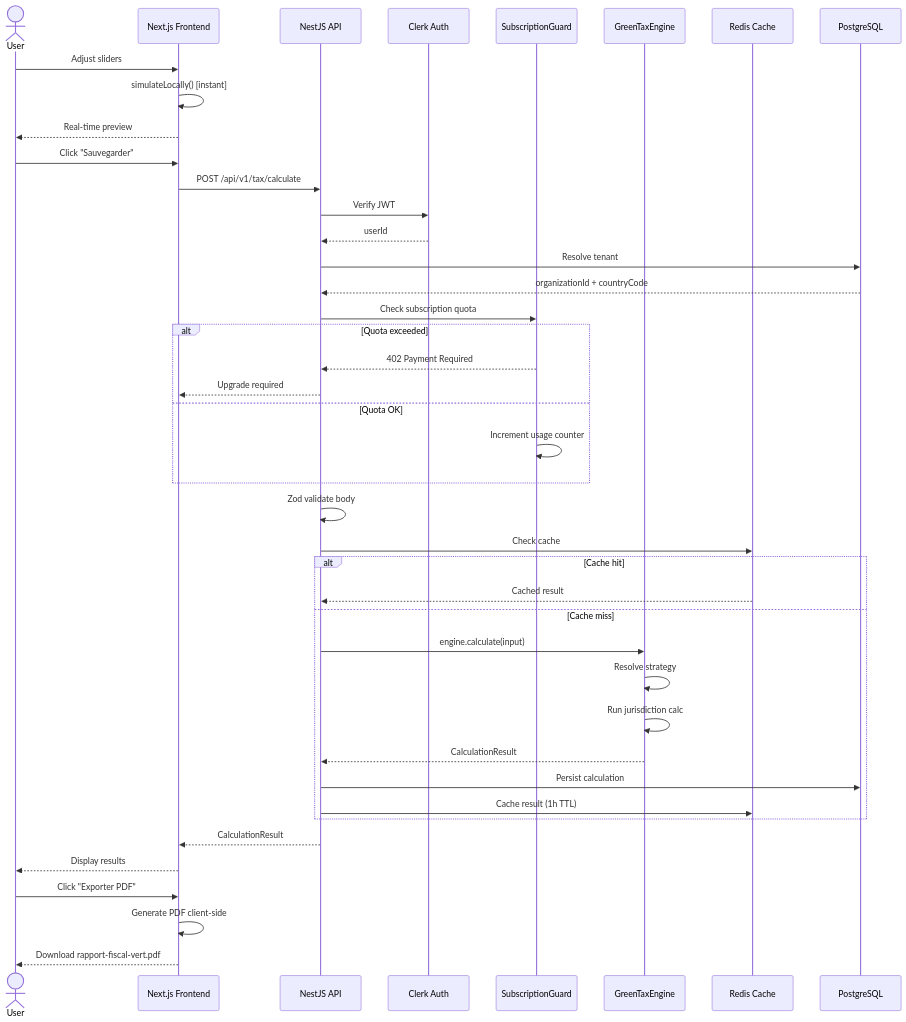
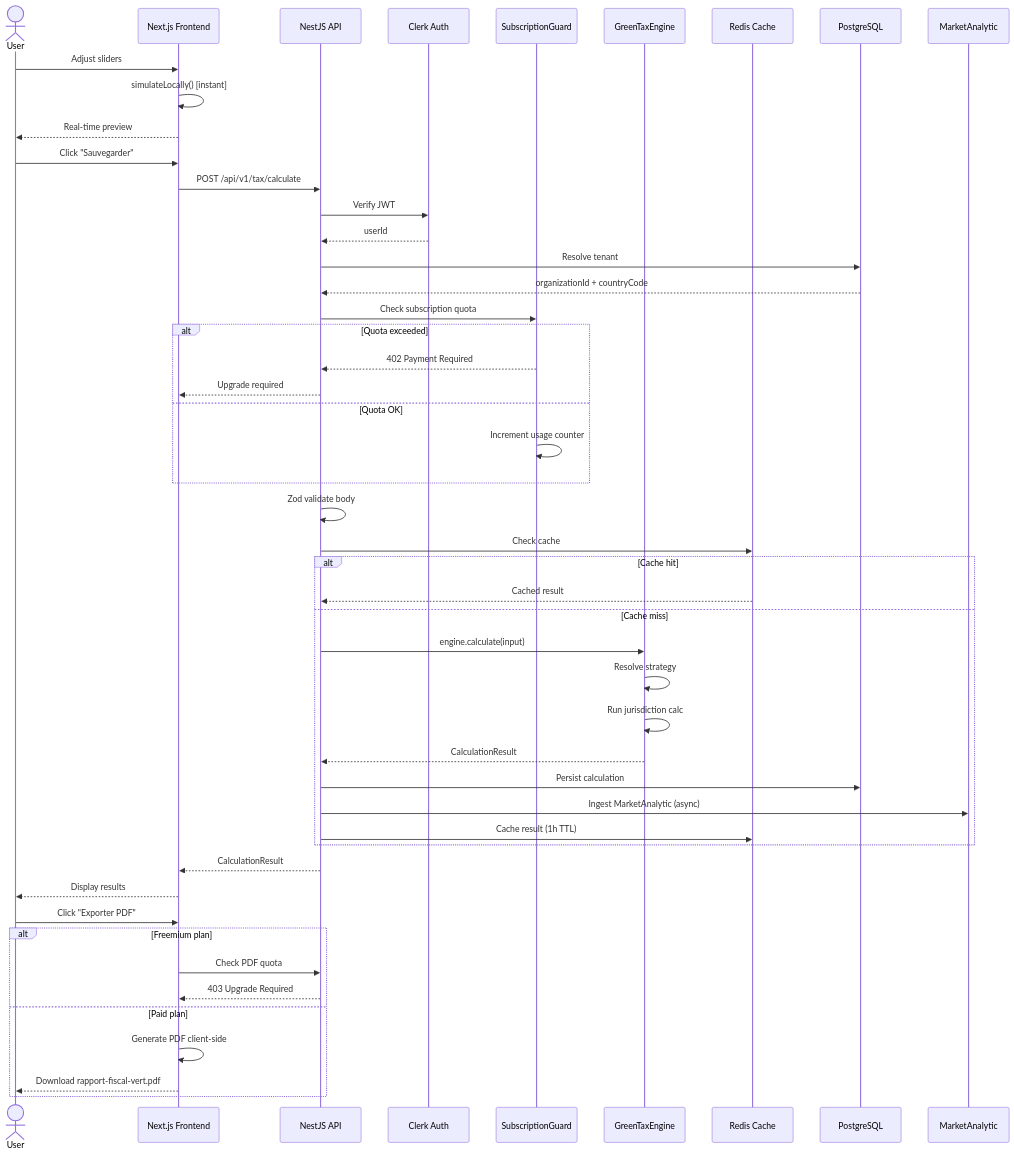
Before and after one commit to nabz0r/Global-Green-Tax: the fourth of 6 diagrams in README.md, drawn with Mermaid. The commit also changed other lines of this file and 1 other file, not shown here.

First line of the commit message:
docs: update README and architecture for Freemium tier, admin dashboard, data lake & AI pipeline

````diff
--- a/README.md
+++ b/README.md
@@ -214,47 +229,54 @@
 ```mermaid
 sequenceDiagram
     actor User
     participant Web as Next.js Frontend
     participant API as NestJS API
     participant Clerk as Clerk Auth
     participant Sub as SubscriptionGuard
     participant Engine as GreenTaxEngine
     participant Redis as Redis Cache
     participant DB as PostgreSQL
+    participant DL as MarketAnalytic
 
     User->>Web: Adjust sliders
     Web->>Web: simulateLocally() [instant]
     Web-->>User: Real-time preview
 
     User->>Web: Click "Sauvegarder"
     Web->>API: POST /api/v1/tax/calculate
     API->>Clerk: Verify JWT
     Clerk-->>API: userId
     API->>DB: Resolve tenant
     DB-->>API: organizationId + countryCode
     API->>Sub: Check subscription quota
     alt Quota exceeded
         Sub-->>API: 402 Payment Required
         API-->>Web: Upgrade required
     else Quota OK
         Sub->>Sub: Increment usage counter
     end
     API->>API: Zod validate body
     API->>Redis: Check cache
     alt Cache hit
         Redis-->>API: Cached result
     else Cache miss
         API->>Engine: engine.calculate(input)
         Engine->>Engine: Resolve strategy
         Engine->>Engine: Run jurisdiction calc
         Engine-->>API: CalculationResult
         API->>DB: Persist calculation
+        API->>DL: Ingest MarketAnalytic (async)
         API->>Redis: Cache result (1h TTL)
     end
     API-->>Web: CalculationResult
     Web-->>User: Display results
 
     User->>Web: Click "Exporter PDF"
-    Web->>Web: Generate PDF client-side
-    Web-->>User: Download rapport-fiscal-vert.pdf
+    alt Freemium plan
+        Web->>API: Check PDF quota
+        API-->>Web: 403 Upgrade Required
+    else Paid plan
+        Web->>Web: Generate PDF client-side
+        Web-->>User: Download rapport-fiscal-vert.pdf
+    end
 ```
````
